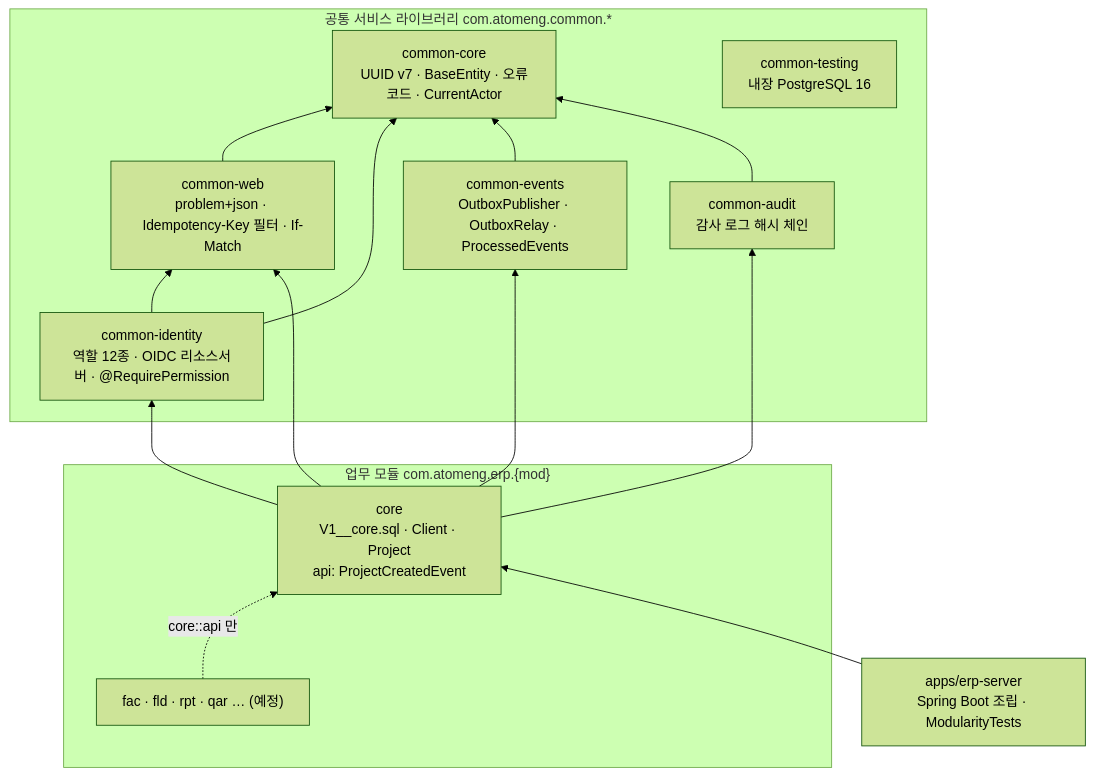
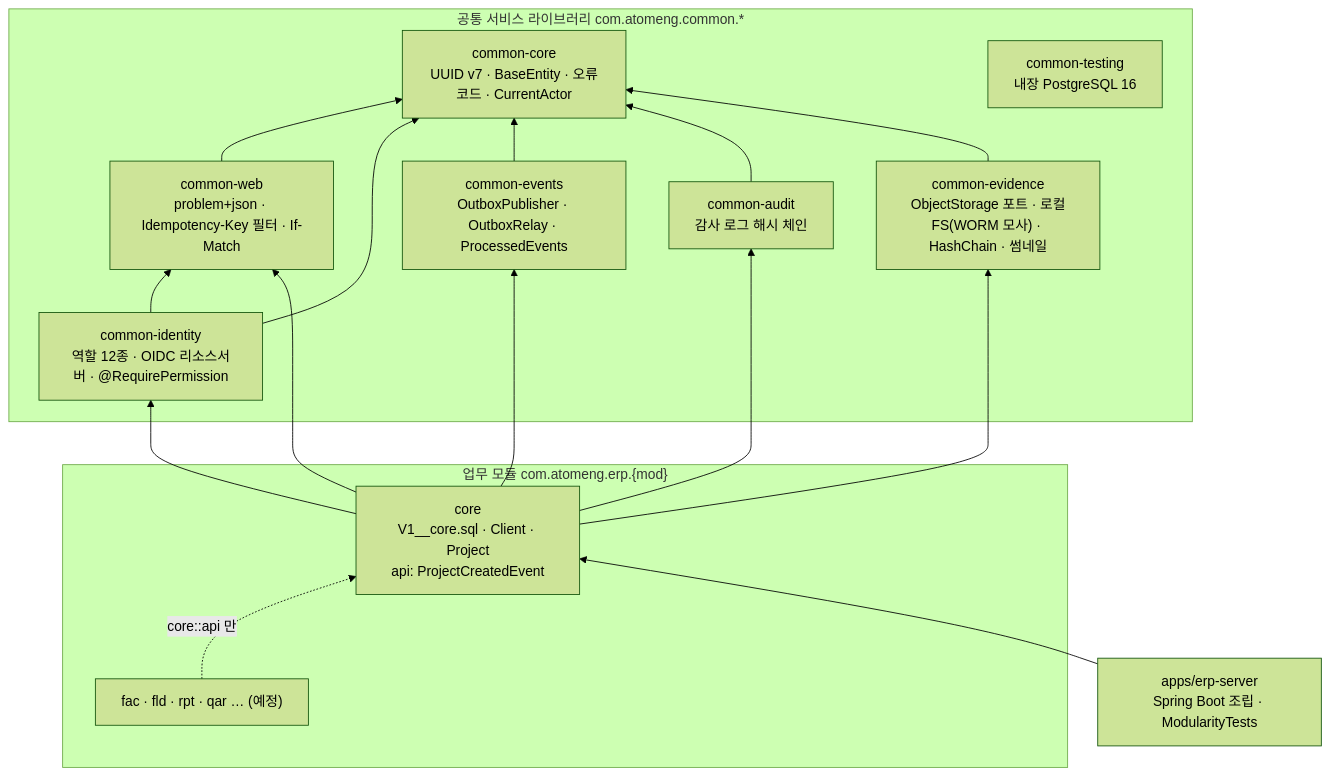
Before and after one commit to limpst/atom-erp: the diagram in README.md, drawn with Mermaid (forest theme). The commit also changed other lines of this file and 43 other files, not shown here.

````diff
--- a/README.md
+++ b/README.md
@@ -35,24 +38,26 @@
 ```mermaid
 flowchart BT
   subgraph COMMON["공통 서비스 라이브러리 com.atomeng.common.*"]
     CC["common-core<br>UUID v7 · BaseEntity · 오류코드 · CurrentActor"]
     CW["common-web<br>problem+json · Idempotency-Key 필터 · If-Match"]
     CI["common-identity<br>역할 12종 · OIDC 리소스서버 · @RequirePermission"]
     CE["common-events<br>OutboxPublisher · OutboxRelay · ProcessedEvents"]
     CA["common-audit<br>감사 로그 해시 체인"]
     CT["common-testing<br>내장 PostgreSQL 16"]
+    CV["common-evidence<br>ObjectStorage 포트 · 로컬FS(WORM 모사) · HashChain · 썸네일"]
   end
   subgraph MODS["업무 모듈 com.atomeng.erp.{mod}"]
     CORE["core<br>V1__core.sql · Client · Project<br>api: ProjectCreatedEvent"]
     NEXT["fac · fld · rpt · qar … (예정)"]
   end
   APP["apps/erp-server<br>Spring Boot 조립 · ModularityTests"]
   CW --> CC
   CI --> CC
   CI --> CW
   CE --> CC
   CA --> CC
-  CORE --> CW & CI & CE & CA
+  CV --> CC
+  CORE --> CW & CI & CE & CA & CV
   NEXT -. "core::api 만" .-> CORE
   APP --> CORE
 ```
````
